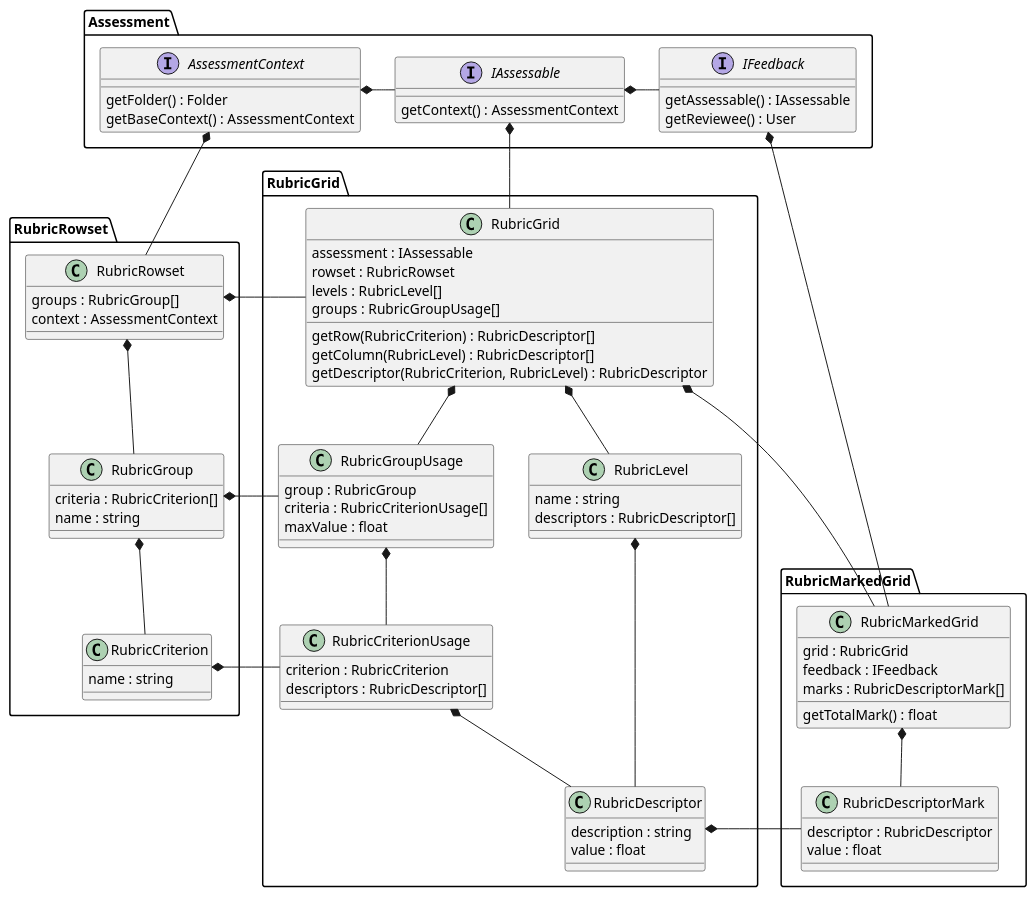
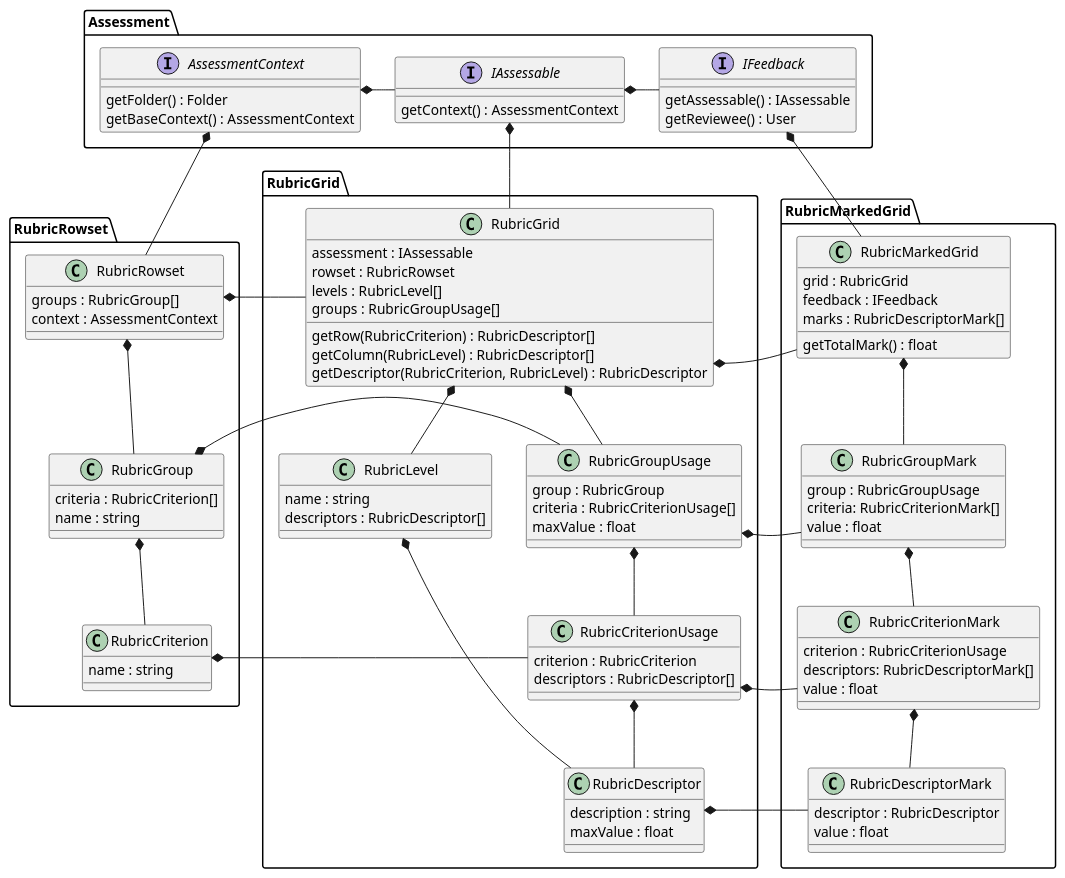
Before and after one commit to juliaattrevisan/schoolbox-api-docs: the diagram in library/Schoolbox/Assessment/Rubric/Rubric.plantuml, drawn with PlantUML.

Commit message:
More reorganisation and linking [SA-7281]

```diff
--- a/library/Schoolbox/Assessment/Rubric/Rubric.plantuml
+++ b/library/Schoolbox/Assessment/Rubric/Rubric.plantuml
@@ -1,126 +1,142 @@
 @startuml
 
 namespace Assessment {
 
     interface AssessmentContext {
         getFolder() : Folder
         getBaseContext() : AssessmentContext
     }
 
     interface IAssessable {
         getContext() : AssessmentContext
     }
 
     interface IFeedback {
         getAssessable() : IAssessable
         getReviewee() : User
     }
 
     ' internal relations
     AssessmentContext *-r- IAssessable
     IAssessable *-r- IFeedback
 }
 
 
 namespace RubricRowset {
 
     class RubricRowset {
         groups : RubricGroup[]
         context : AssessmentContext
     }
 
     class RubricGroup {
         criteria : RubricCriterion[]
         name : string
     }
 
     class RubricCriterion {
         name : string
     }
 
     ' internal relations
     RubricRowset *-d- RubricGroup
     RubricGroup *-d- RubricCriterion
 
     ' relation to Assessment
     Assessment.AssessmentContext *-d- RubricRowset
 }
 
 
 namespace RubricGrid {
 
     class RubricGrid {
         assessment : IAssessable
         rowset : RubricRowset
         levels : RubricLevel[]
         groups : RubricGroupUsage[]
         getRow(RubricCriterion) : RubricDescriptor[]
         getColumn(RubricLevel) : RubricDescriptor[]
         getDescriptor(RubricCriterion, RubricLevel) : RubricDescriptor
     }
 
     class RubricGroupUsage {
         group : RubricGroup
         criteria : RubricCriterionUsage[]
         maxValue : float
     }
 
     class RubricCriterionUsage {
         criterion : RubricCriterion
         descriptors : RubricDescriptor[]
     }
 
     class RubricLevel {
         name : string
         descriptors : RubricDescriptor[]
     }
 
     class RubricDescriptor {
         description : string
-        value : float
+        maxValue : float
     }
 
     ' internal relations
     RubricGrid *-d- RubricGroupUsage
     RubricGroupUsage *-d- RubricCriterionUsage
     RubricCriterionUsage *-d- RubricDescriptor
     RubricGrid *-d- RubricLevel
     RubricLevel *-r- RubricDescriptor
-    RubricLevel *-[hidden]l- RubricGroupUsage
+    RubricLevel *-[hidden]r- RubricGroupUsage
 
     ' relation to Assessment
     Assessment.IAssessable *-d- RubricGrid
 
     ' relation to RubricRowset
     RubricGrid -l-* RubricRowset.RubricRowset
     RubricGroupUsage -l-* RubricRowset.RubricGroup
     RubricCriterionUsage -l-* RubricRowset.RubricCriterion
 }
 
 
 namespace RubricMarkedGrid {
 
     class RubricMarkedGrid {
         grid : RubricGrid
         feedback : IFeedback
         marks : RubricDescriptorMark[]
         getTotalMark() : float
     }
 
+    class RubricGroupMark {
+        group : RubricGroupUsage
+        criteria: RubricCriterionMark[]
+        value : float
+    }
+
+    class RubricCriterionMark {
+        criterion : RubricCriterionUsage
+        descriptors: RubricDescriptorMark[]
+        value : float
+    }
+
     class RubricDescriptorMark {
         descriptor : RubricDescriptor
         value : float
     }
 
     ' internal relations
-    RubricMarkedGrid *-d- RubricDescriptorMark
+    RubricMarkedGrid *-d- RubricGroupMark
+    RubricGroupMark *-d- RubricCriterionMark
+    RubricCriterionMark *-d- RubricDescriptorMark
 
     ' relation to Assessment
     Assessment.IFeedback *-d- RubricMarkedGrid
 
     ' relation to RubricGrid
     RubricMarkedGrid -l-* RubricGrid.RubricGrid
+    RubricGroupMark -l-* RubricGrid.RubricGroupUsage
+    RubricCriterionMark -l-* RubricGrid.RubricCriterionUsage
     RubricDescriptorMark -l-* RubricGrid.RubricDescriptor
 }
 
 @enduml
```
